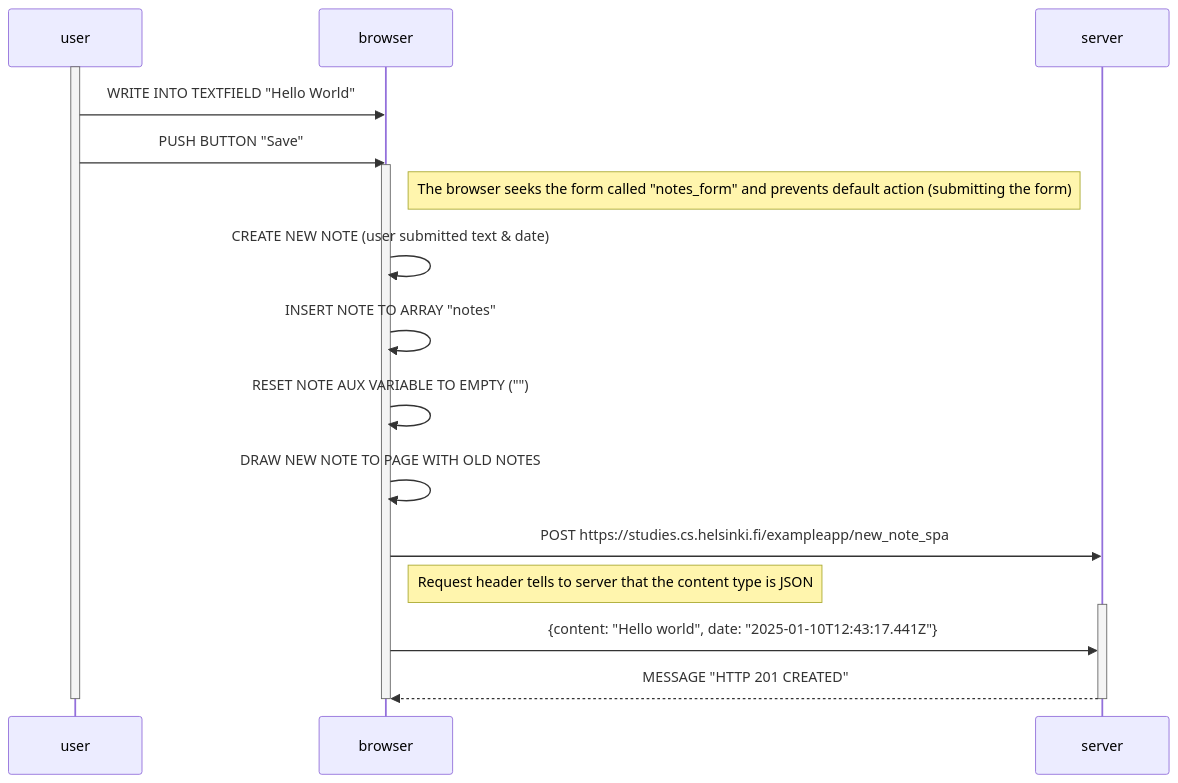
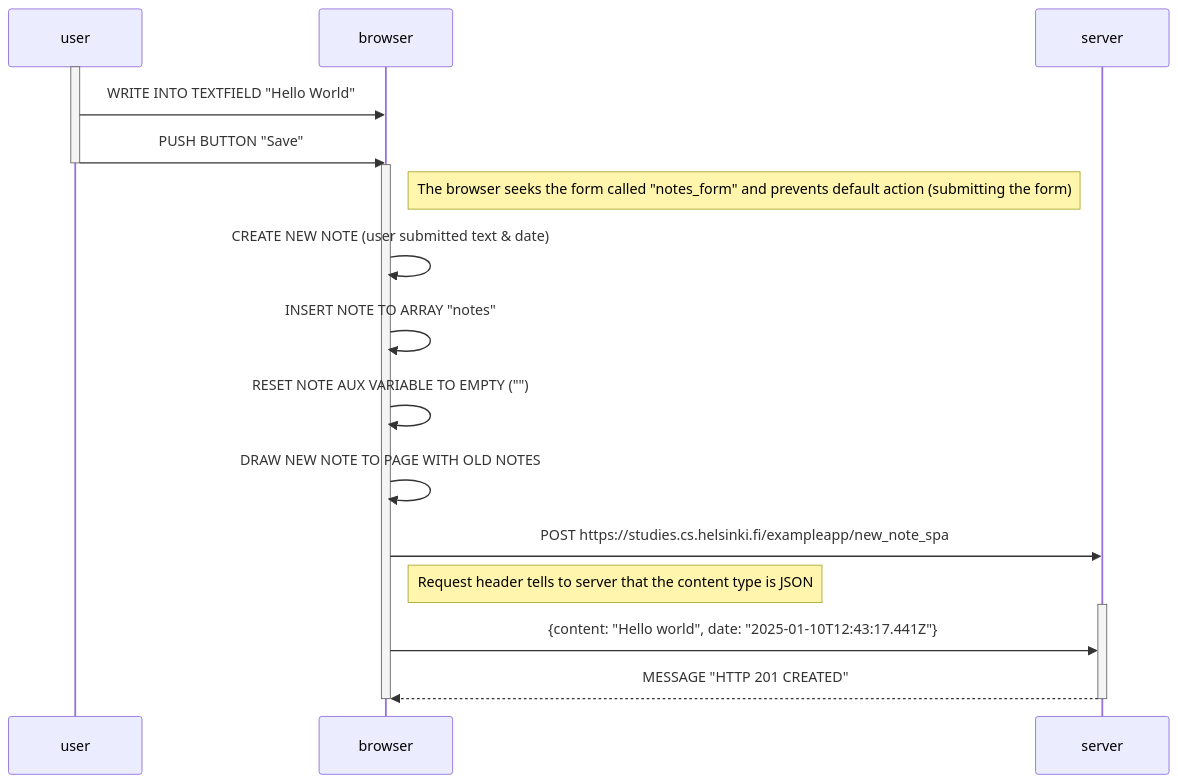
One commit to Nummuliitti/Fullstack-HY changed the diagram in Palautusrepositorio/Osa0/Tehtävä 0.4.md. Above: the diagram before and after it, drawn with Mermaid.

Commit message:
korjattu 0.4 tehtävää

````diff
--- a/Palautusrepositorio/Osa0/Tehtävä 0.4.md
+++ b/Palautusrepositorio/Osa0/Tehtävä 0.4.md
@@ -1,24 +1,25 @@
 ```mermaid
 
 sequenceDiagram
     participant user
     participant browser
     participant server
     activate user
     user->>browser: WRITE INTO TEXTFIELD "Hello World"
     user->>browser: PUSH BUTTON "Save"
+    deactivate user
     activate browser
     Note right of browser: The browser seeks the form called "notes_form" and prevents default action (submitting the form)
     browser->>browser: CREATE NEW NOTE (user submitted text & date)
     browser->>browser: INSERT NOTE TO ARRAY "notes"
     browser->>browser: RESET NOTE AUX VARIABLE TO EMPTY ("")
     browser->>browser: DRAW NEW NOTE TO PAGE WITH OLD NOTES
     browser->>server: POST https://studies.cs.helsinki.fi/exampleapp/new_note_spa
     Note right of browser: Request header tells to server that the content type is JSON
     activate server
     browser->>server: {content: "Hello world", date: "2025-01-10T12:43:17.441Z"}
     server-->>browser: MESSAGE "HTTP 201 CREATED"
     deactivate server
     deactivate browser
-    deactivate user
+    
 ```
````
